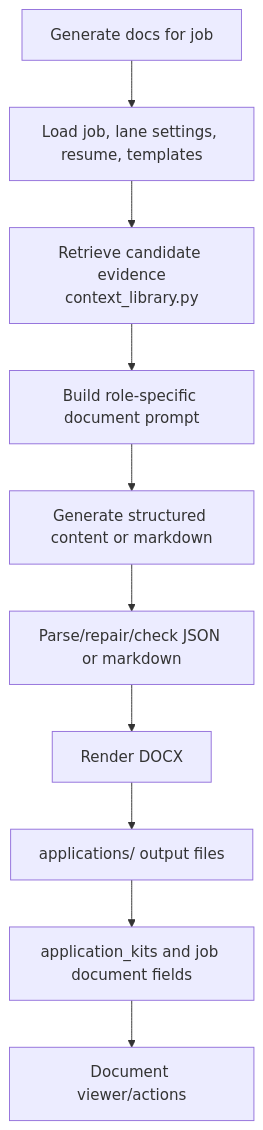
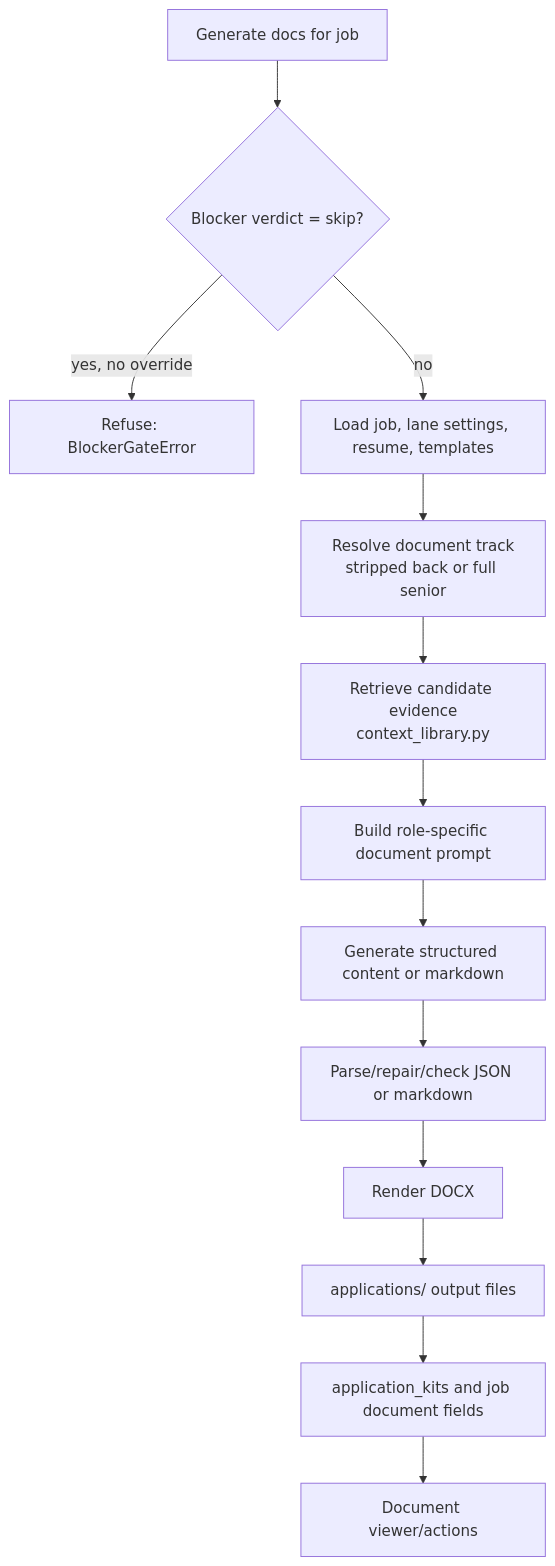
The tenth of 12 diagrams in ARCHITECTURE.md (Keljian/JSE), drawn with Mermaid before and after one commit. The commit also changed other lines of this file and 90 other files, not shown here.

````diff
--- a/ARCHITECTURE.md
+++ b/ARCHITECTURE.md
@@ -271,12 +373,15 @@
 ```mermaid
 flowchart TD
-    User["Generate docs for job"] --> Load["Load job, lane settings, resume, templates"]
-    Load --> Context["Retrieve candidate evidence\ncontext_library.py"]
+    User["Generate docs for job"] --> Gate{"Blocker verdict = skip?"}
+    Gate -->|yes, no override| Blocked["Refuse: BlockerGateError"]
+    Gate -->|no| Load["Load job, lane settings, resume, templates"]
+    Load --> Track["Resolve document track\nstripped back or full senior"]
+    Track --> Context["Retrieve candidate evidence\ncontext_library.py"]
     Context --> Prompt["Build role-specific document prompt"]
     Prompt --> LLM["Generate structured content or markdown"]
     LLM --> Validate["Parse/repair/check JSON or markdown"]
     Validate --> Render["Render DOCX"]
     Render --> Save["applications/ output files"]
     Save --> Kit["application_kits and job document fields"]
     Kit --> UI["Document viewer/actions"]
 ```
````
